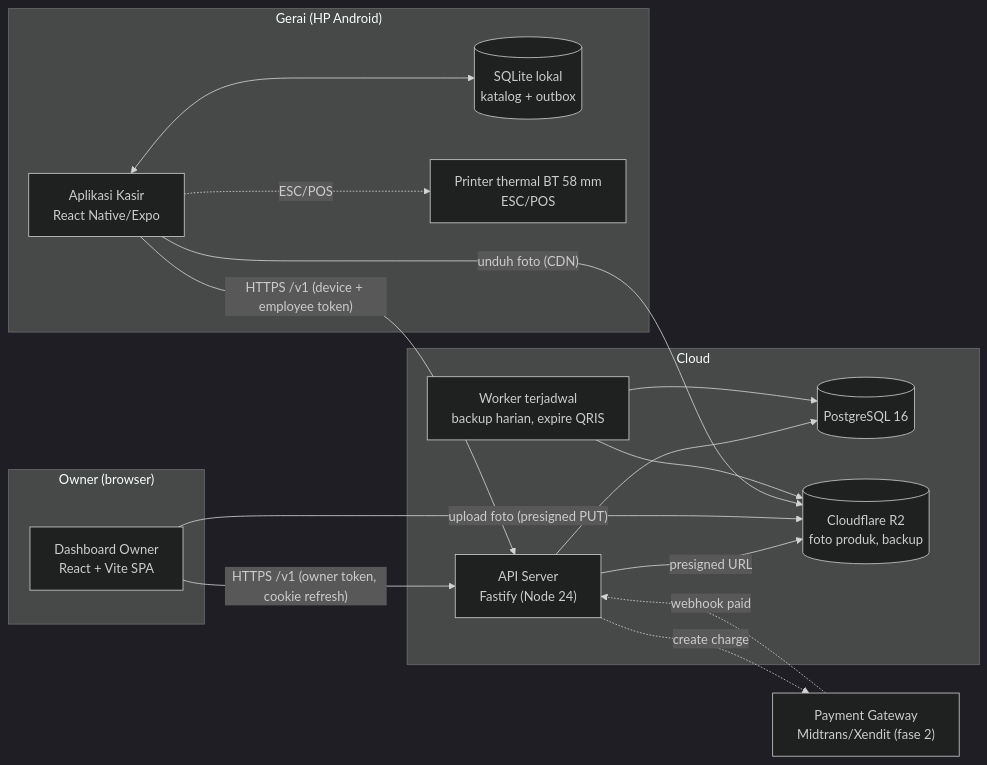
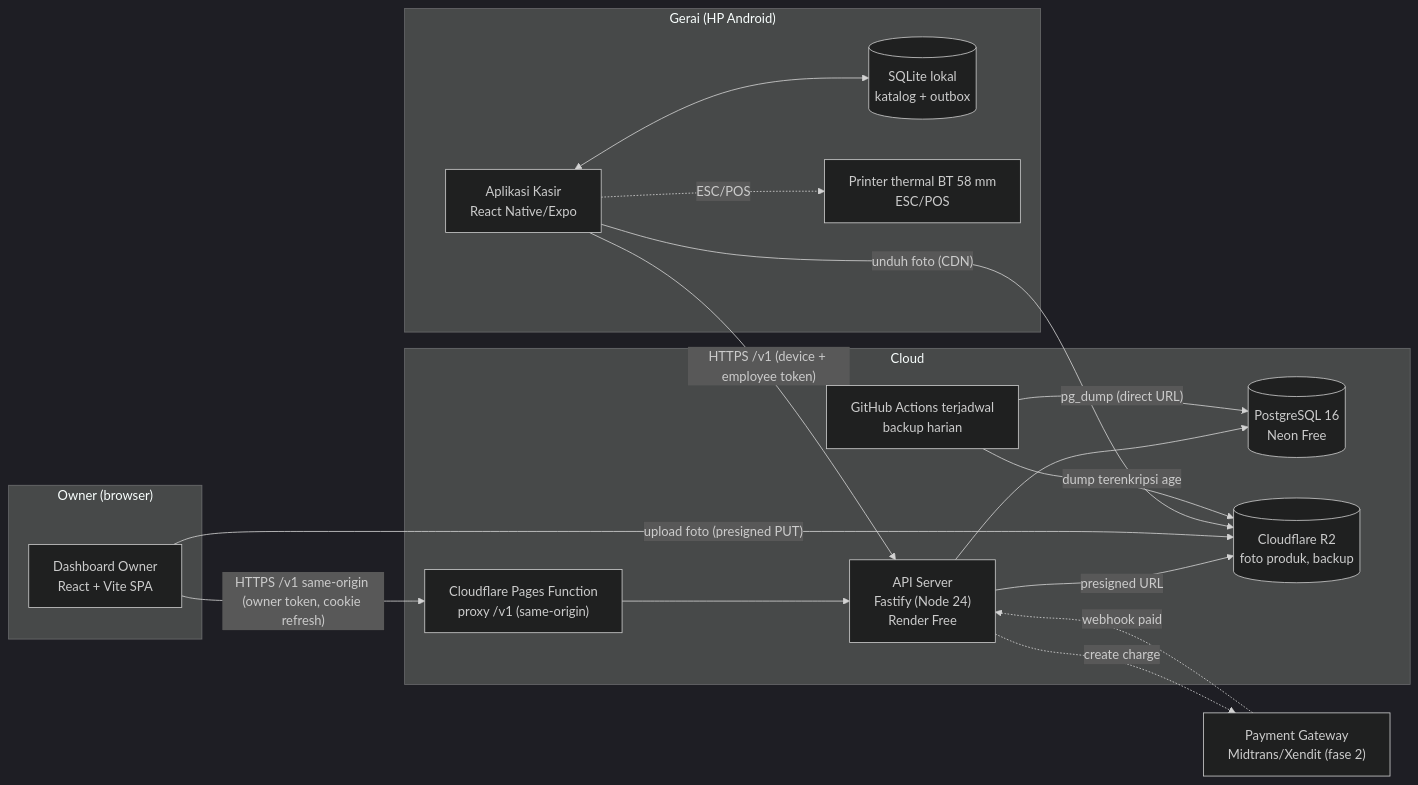
One commit to simanjuntakalbert57/kelola-kasir changed the first of 6 diagrams in docs/tdd.md. Above: the diagram before and after it, drawn with Mermaid (dark theme). The commit also changed other lines of this file and 7 other files, not shown here.

First line of the commit message:
docs: switch hosting to free tier (Render + Neon + Cloudflare), close Q-5

````diff
--- a/docs/tdd.md
+++ b/docs/tdd.md
@@ -66,34 +75,36 @@
 ```mermaid
 flowchart LR
   subgraph Gerai["Gerai (HP Android)"]
     K["Aplikasi Kasir<br/>React Native/Expo"]
     DB[("SQLite lokal<br/>katalog + outbox")]
     P["Printer thermal BT 58 mm<br/>ESC/POS"]
     K <--> DB
     K -. ESC/POS .-> P
   end
 
   subgraph Owner["Owner (browser)"]
     W["Dashboard Owner<br/>React + Vite SPA"]
   end
 
   subgraph Cloud["Cloud"]
-    API["API Server<br/>Fastify (Node 24)"]
-    PG[("PostgreSQL 16")]
+    PX["Cloudflare Pages Function<br/>proxy /v1 (same-origin)"]
+    API["API Server<br/>Fastify (Node 24)<br/>Render Free"]
+    PG[("PostgreSQL 16<br/>Neon Free")]
     R2[("Cloudflare R2<br/>foto produk, backup")]
-    JOB["Worker terjadwal<br/>backup harian, expire QRIS"]
+    JOB["GitHub Actions terjadwal<br/>backup harian"]
   end
 
   PGW["Payment Gateway<br/>Midtrans/Xendit (fase 2)"]
 
   K -- "HTTPS /v1 (device + employee token)" --> API
-  W -- "HTTPS /v1 (owner token, cookie refresh)" --> API
+  W -- "HTTPS /v1 same-origin (owner token, cookie refresh)" --> PX
+  PX --> API
   API --> PG
   API -- presigned URL --> R2
   W -- upload foto (presigned PUT) --> R2
   K -- unduh foto (CDN) --> R2
-  JOB --> PG
-  JOB --> R2
+  JOB -- "pg_dump (direct URL)" --> PG
+  JOB -- "dump terenkripsi age" --> R2
   API -. "create charge" .-> PGW
   PGW -. "webhook paid" .-> API
 ```
````
